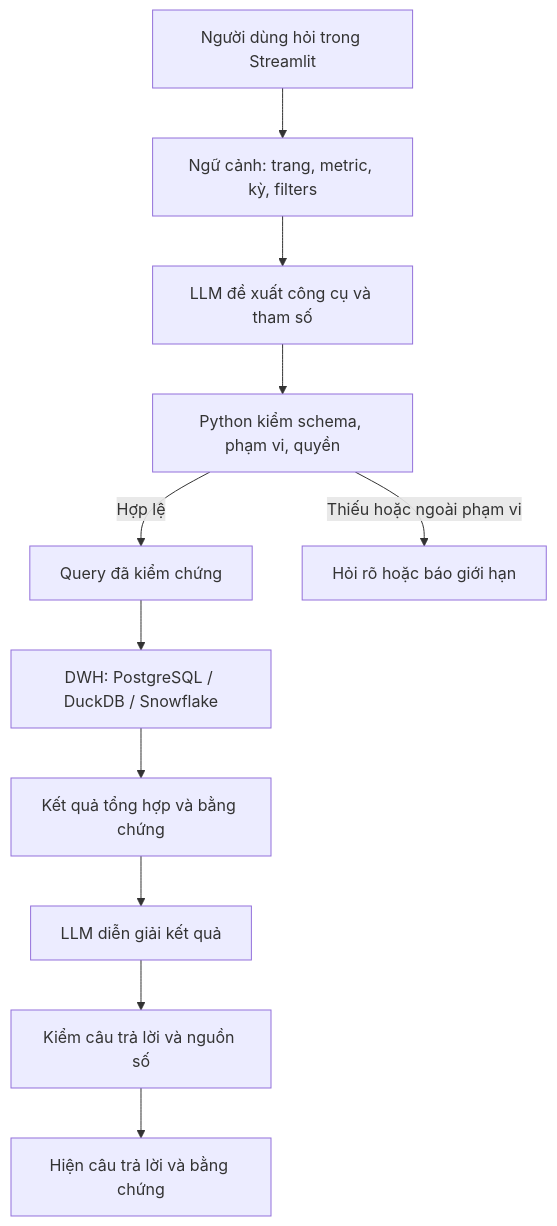
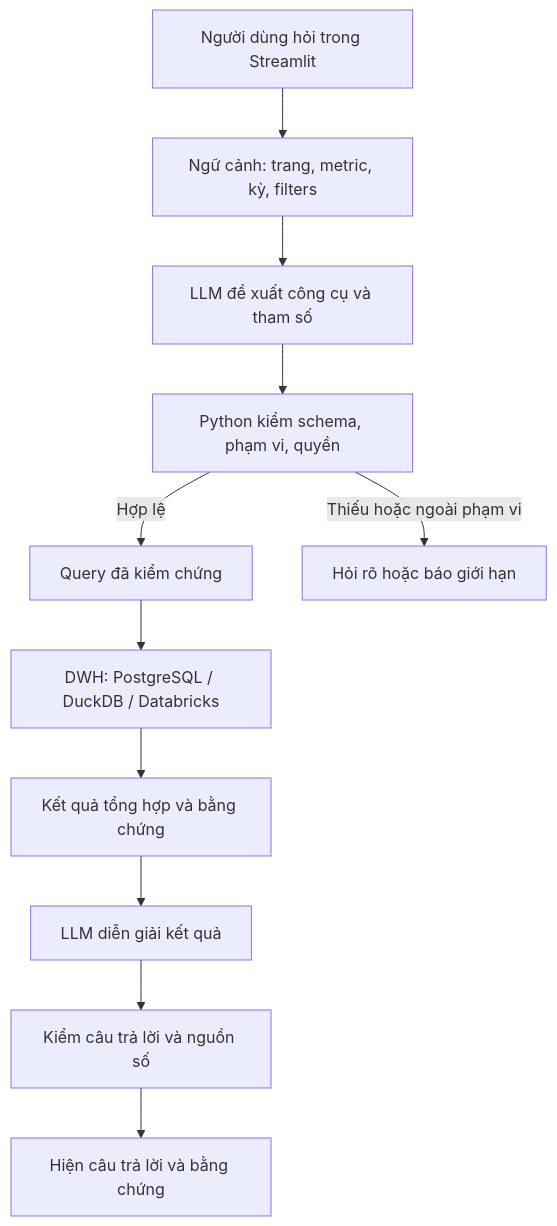
One commit to myuyen0304/thesis-retail-analytics changed the diagram in docs/ai_explain_plan.md. Above: the diagram before and after it, drawn with Mermaid. The commit also changed other lines of this file, not shown here.

Commit message:
Docs: ai_explain_plan DWH la Databricks, bo Snowflake

````diff
--- a/docs/ai_explain_plan.md
+++ b/docs/ai_explain_plan.md
@@ -91,13 +91,13 @@
 ```mermaid
 flowchart TD
     A[Người dùng hỏi trong Streamlit] --> B[Ngữ cảnh: trang, metric, kỳ, filters]
     B --> C[LLM đề xuất công cụ và tham số]
     C --> D[Python kiểm schema, phạm vi, quyền]
     D -->|Hợp lệ| E[Query đã kiểm chứng]
     D -->|Thiếu hoặc ngoài phạm vi| H[Hỏi rõ hoặc báo giới hạn]
-    E --> F[DWH: PostgreSQL / DuckDB / Snowflake]
+    E --> F[DWH: PostgreSQL / DuckDB / Databricks]
     F --> G[Kết quả tổng hợp và bằng chứng]
     G --> I[LLM diễn giải kết quả]
     I --> J[Kiểm câu trả lời và nguồn số]
     J --> K[Hiện câu trả lời và bằng chứng]
 ```
````
